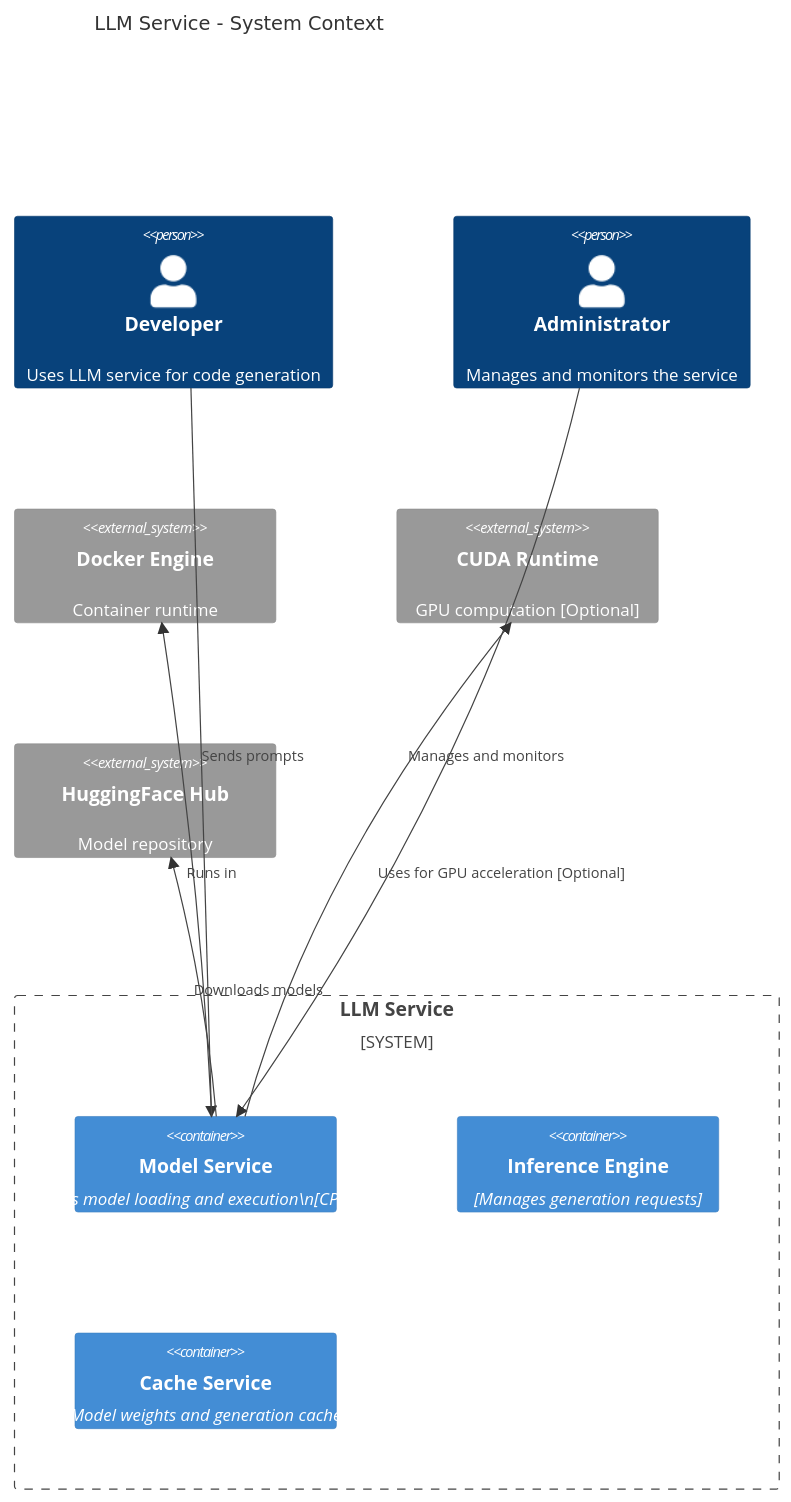
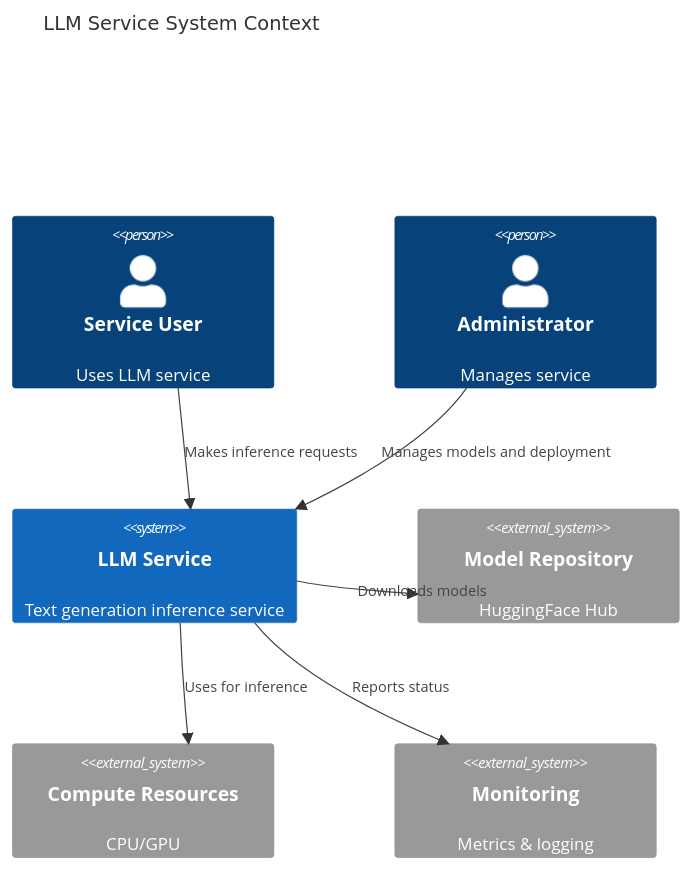
The first of 5 diagrams in services/ai/llm-service/docs/architecture/design.c4.md (zhifengzhang-sz/qi-v2-dp), drawn with Mermaid before and after one commit. The commit also changed other lines of this file and 12 other files, not shown here.

Commit message:
llm using huggingface, c4 design

````diff
--- a/services/ai/llm-service/docs/architecture/design.c4.md
+++ b/services/ai/llm-service/docs/architecture/design.c4.md
@@ -5,24 +5,19 @@
 ```mermaid
 C4Context
-    title LLM Service - System Context
+    title LLM Service System Context
 
-    Person(developer, "Developer", "Uses LLM service for code generation")
-    Person(admin, "Administrator", "Manages and monitors the service")
+    Person(user, "Service User", "Uses LLM service")
+    Person(admin, "Administrator", "Manages service")
 
-    System_Boundary(llm, "LLM Service") {
-        Container(model, "Model Service", "Handles model loading and execution\n[CPU/GPU]")
-        Container(inference, "Inference Engine", "Manages generation requests")
-        Container(cache, "Cache Service", "Model weights and generation cache")
-    }
+    System(llm, "LLM Service", "Text generation inference service")
 
-    System_Ext(docker, "Docker Engine", "Container runtime")
-    System_Ext(cuda, "CUDA Runtime", "GPU computation [Optional]")
-    System_Ext(huggingface, "HuggingFace Hub", "Model repository")
+    System_Ext(model_repo, "Model Repository", "HuggingFace Hub")
+    System_Ext(compute, "Compute Resources", "CPU/GPU")
+    System_Ext(metrics, "Monitoring", "Metrics & logging")
 
-    Rel(developer, model, "Sends prompts")
-    Rel(admin, model, "Manages and monitors")
-
-    Rel(model, huggingface, "Downloads models")
-    Rel(model, docker, "Runs in")
-    Rel(model, cuda, "Uses for GPU acceleration [Optional]")
+    Rel(user, llm, "Makes inference requests")
+    Rel(admin, llm, "Manages models and deployment")
+    Rel(llm, model_repo, "Downloads models")
+    Rel(llm, compute, "Uses for inference")
+    Rel(llm, metrics, "Reports status")
 ```
````
